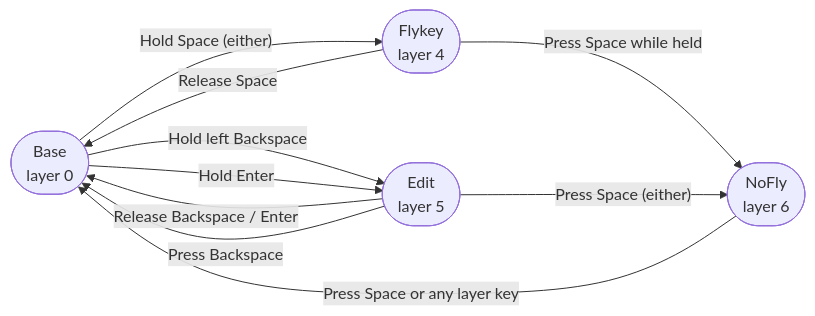
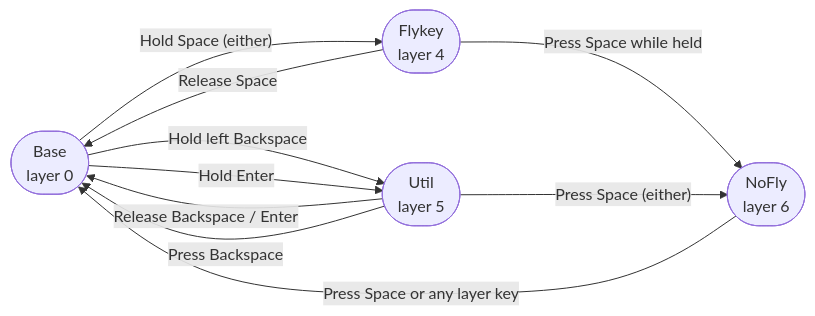
One commit to chaoy/Adv360-Pro-ZMK changed the diagram in CUSTOMIZATIONS.md. Above: the diagram before and after it, drawn with Mermaid. The commit also changed other lines of this file and 3 other files, not shown here.

First line of the commit message:
Rename Edit layer to Util; fix mermaid newlines; expand keyboard diagrams

````diff
--- a/CUSTOMIZATIONS.md
+++ b/CUSTOMIZATIONS.md
@@ -20,18 +20,18 @@
 ```mermaid
 flowchart LR
-    B([Base\nlayer 0])
-    F([Flykey\nlayer 4])
-    E([Edit\nlayer 5])
-    N([NoFly\nlayer 6])
+    B([Base<br/>layer 0])
+    F([Flykey<br/>layer 4])
+    U([Util<br/>layer 5])
+    N([NoFly<br/>layer 6])
 
     B -->|"Hold Space (either)"| F
     F -->|"Release Space"| B
     F -->|"Press Space while held"| N
     N -->|"Press Space or any layer key"| B
 
-    B -->|"Hold left Backspace"| E
-    B -->|"Hold Enter"| E
-    E -->|"Release Backspace / Enter"| B
-    E -->|"Press Backspace"| B
-    E -->|"Press Space (either)"| N
+    B -->|"Hold left Backspace"| U
+    B -->|"Hold Enter"| U
+    U -->|"Release Backspace / Enter"| B
+    U -->|"Press Backspace"| B
+    U -->|"Press Space (either)"| N
 ```
````
